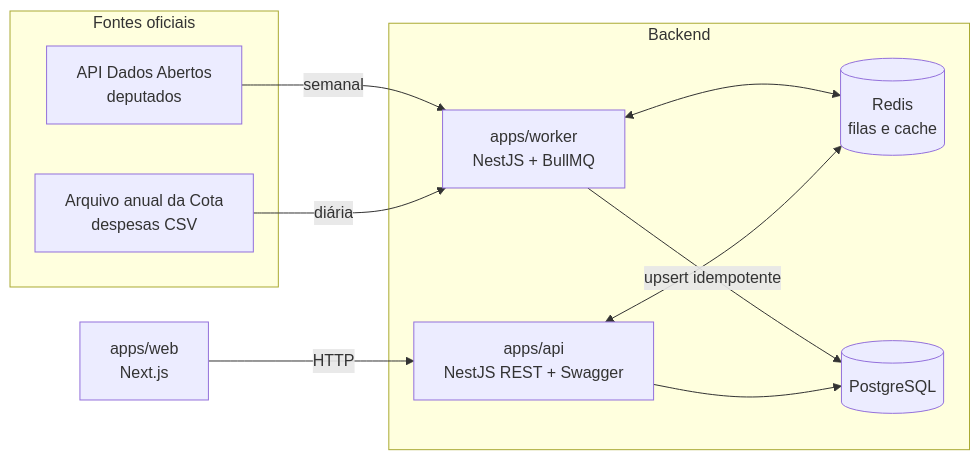
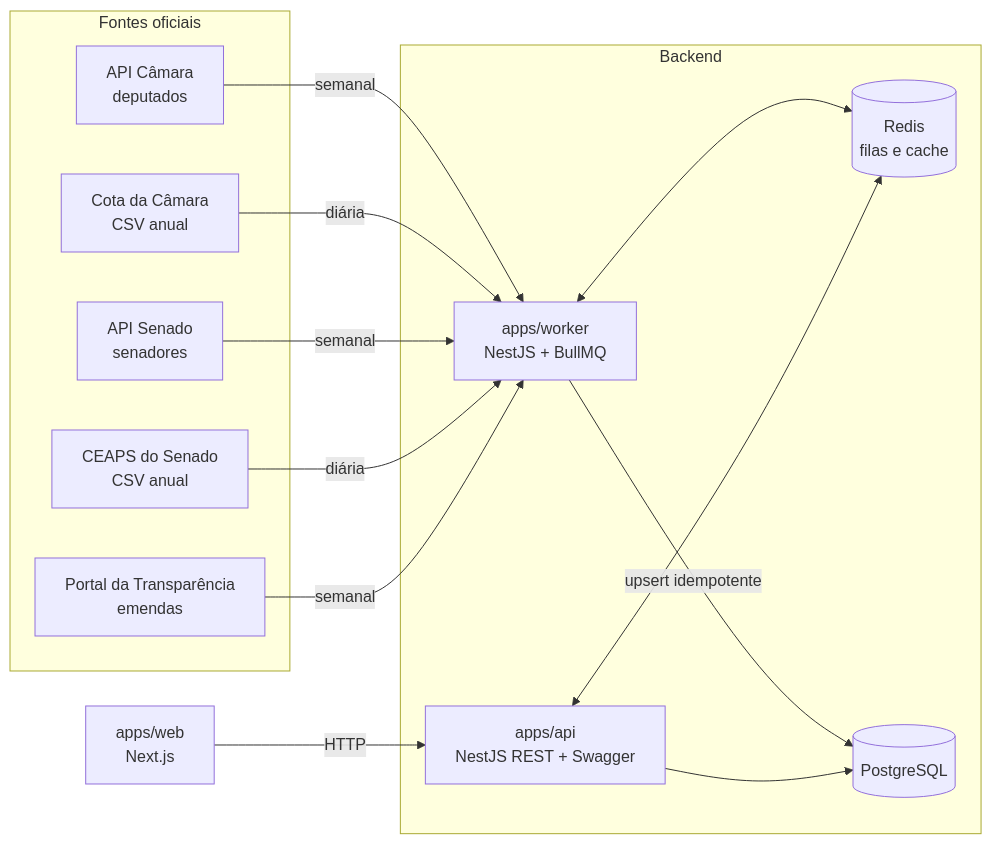
Before and after one commit to KevenGoulart/Government-Tracking: the diagram in README.md, drawn with Mermaid. The commit also changed other lines of this file and 1 other file, not shown here.

Commit message:
docs: documenta senado, emendas e decisões da fase 3

````diff
--- a/README.md
+++ b/README.md
@@ -11,24 +11,30 @@
 ```mermaid
 flowchart LR
   subgraph Fontes oficiais
-    CAM[API Dados Abertos<br/>deputados]
-    COTA[Arquivo anual da Cota<br/>despesas CSV]
+    CAM[API Câmara<br/>deputados]
+    COTA[Cota da Câmara<br/>CSV anual]
+    SEN[API Senado<br/>senadores]
+    CEAPS[CEAPS do Senado<br/>CSV anual]
+    PT[Portal da Transparência<br/>emendas]
   end
 
   subgraph Backend
     WK[apps/worker<br/>NestJS + BullMQ]
     RD[(Redis<br/>filas e cache)]
     PG[(PostgreSQL)]
     API[apps/api<br/>NestJS REST + Swagger]
   end
 
   WEB[apps/web<br/>Next.js]
 
   CAM -- semanal --> WK
   COTA -- diária --> WK
+  SEN -- semanal --> WK
+  CEAPS -- diária --> WK
+  PT -- semanal --> WK
   WK <--> RD
   WK -- upsert idempotente --> PG
   API --> PG
   API <--> RD
   WEB -- HTTP --> API
 ```
````
